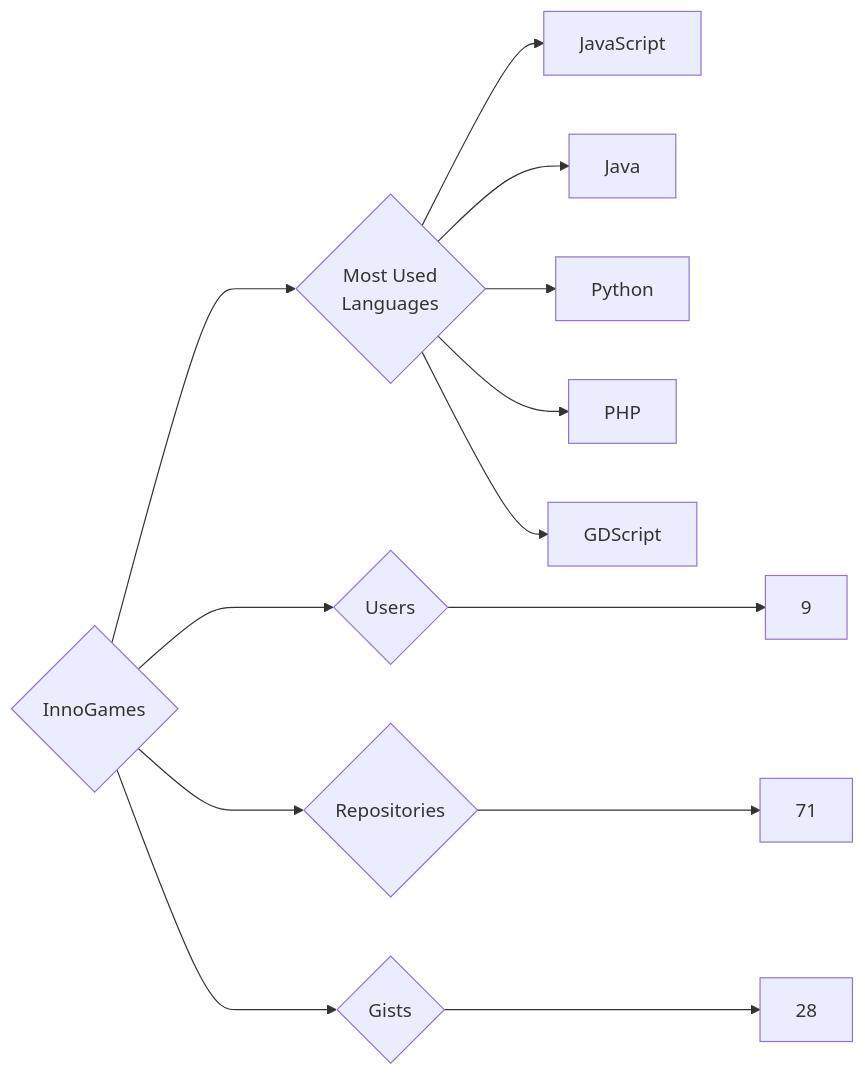
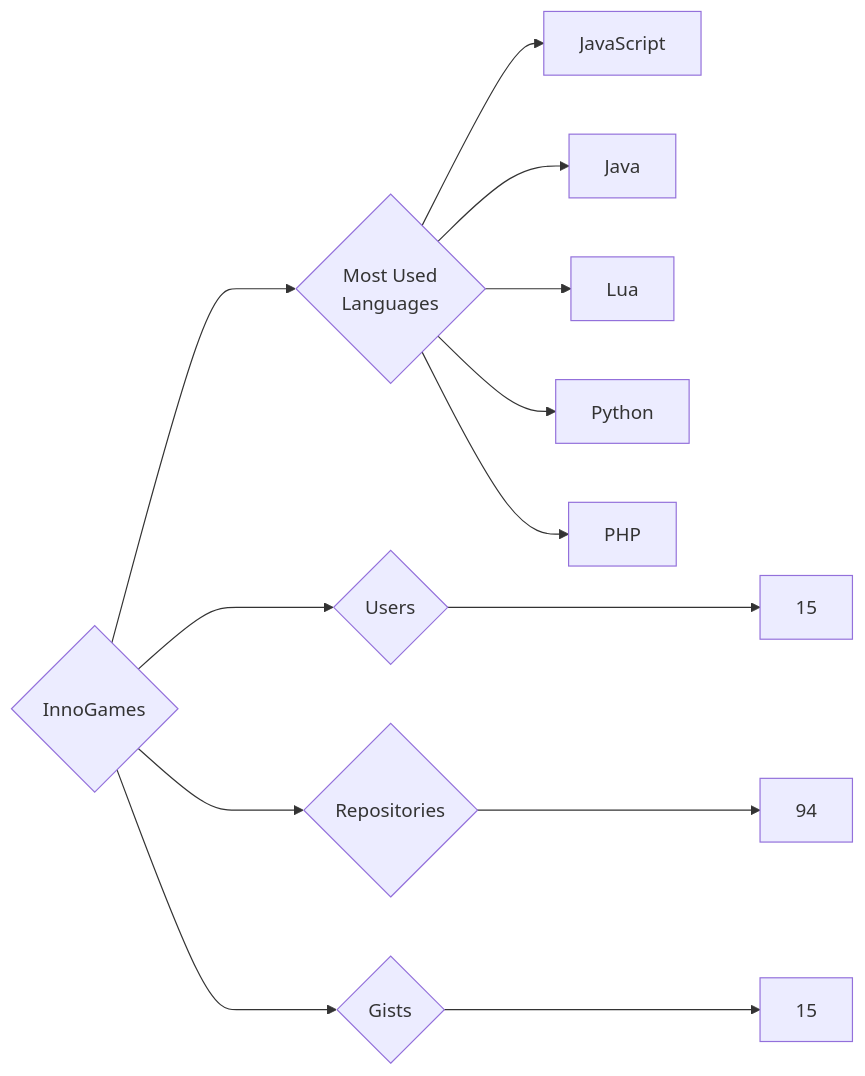
Before and after one commit to trickest/insiders: the diagram in targets/InnoGames/README.md, drawn with Mermaid. The commit also changed 773 other files, not shown here.

````diff
--- a/targets/InnoGames/README.md
+++ b/targets/InnoGames/README.md
@@ -3,13 +3,13 @@
 ```mermaid
 graph LR
 COMPANY_NAME{InnoGames}
-COMPANY_NAME ---> U{Users} ---> UN[9]
-COMPANY_NAME ---> R{Repositories} ---> RN[71]
-COMPANY_NAME ---> G{Gists} ---> GN[28]
+COMPANY_NAME ---> U{Users} ---> UN[15]
+COMPANY_NAME ---> R{Repositories} ---> RN[94]
+COMPANY_NAME ---> G{Gists} ---> GN[15]
 COMPANY_NAME ---> ML{Most Used<br>Languages}
 ML --> JavaScript[JavaScript]
 ML --> Java[Java]
+ML --> Lua[Lua]
 ML --> Python[Python]
 ML --> PHP[PHP]
-ML --> GDScript[GDScript]
 ```
````
